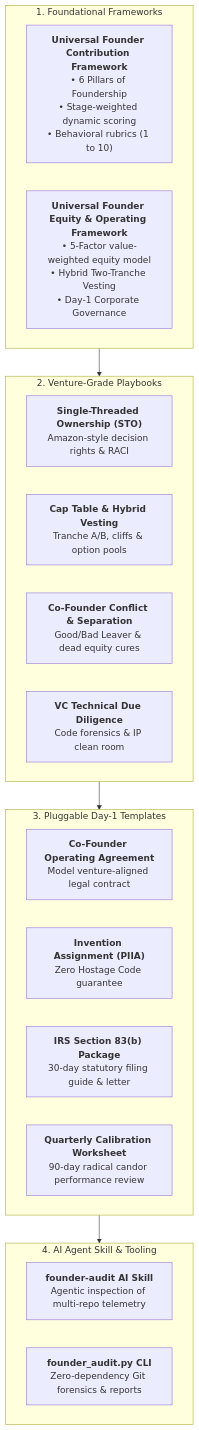
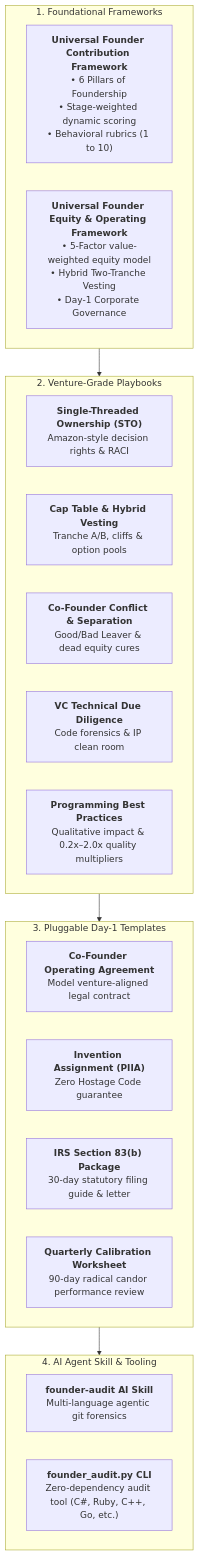
One commit to ranjandahal/founders-framework changed the diagram in README.md. Above: the diagram before and after it, drawn with Mermaid. The commit also changed other lines of this file and 4 other files, not shown here.

Commit message:
feat: add multi-language support (.NET, Ruby, C++, etc.) and programming best practices qualitative impact guide

````diff
--- a/README.md
+++ b/README.md
@@ -25,30 +25,31 @@
 ```mermaid
 graph TD
     subgraph Core ["1. Foundational Frameworks"]
         UFCF["<b>Universal Founder Contribution Framework</b><br/>• 6 Pillars of Foundership<br/>• Stage-weighted dynamic scoring<br/>• Behavioral rubrics (1 to 10)"]
         UEOF["<b>Universal Founder Equity & Operating Framework</b><br/>• 5-Factor value-weighted equity model<br/>• Hybrid Two-Tranche Vesting<br/>• Day-1 Corporate Governance"]
     end
 
     subgraph Playbooks ["2. Venture-Grade Playbooks"]
         STO["<b>Single-Threaded Ownership (STO)</b><br/>Amazon-style decision rights & RACI"]
         CAP["<b>Cap Table & Hybrid Vesting</b><br/>Tranche A/B, cliffs & option pools"]
         CONF["<b>Co-Founder Conflict & Separation</b><br/>Good/Bad Leaver & dead equity cures"]
         DIL["<b>VC Technical Due Diligence</b><br/>Code forensics & IP clean room"]
+        BEST["<b>Programming Best Practices</b><br/>Qualitative impact & 0.2x–2.0x quality multipliers"]
     end
 
     subgraph Legal ["3. Pluggable Day-1 Templates"]
         AGR["<b>Co-Founder Operating Agreement</b><br/>Model venture-aligned legal contract"]
         PIIA["<b>Invention Assignment (PIIA)</b><br/>Zero Hostage Code guarantee"]
         TAX["<b>IRS Section 83(b) Package</b><br/>30-day statutory filing guide & letter"]
         FCR["<b>Quarterly Calibration Worksheet</b><br/>90-day radical candor performance review"]
     end
 
     subgraph Automation ["4. AI Agent Skill & Tooling"]
-        SKILL["<b>founder-audit AI Skill</b><br/>Agentic inspection of multi-repo telemetry"]
-        CLI["<b>founder_audit.py CLI</b><br/>Zero-dependency Git forensics & reports"]
+        SKILL["<b>founder-audit AI Skill</b><br/>Multi-language agentic git forensics"]
+        CLI["<b>founder_audit.py CLI</b><br/>Zero-dependency audit tool (C#, Ruby, C++, Go, etc.)"]
     end
 
     Core --> Playbooks
     Playbooks --> Legal
     Legal --> Automation
 ```
````
